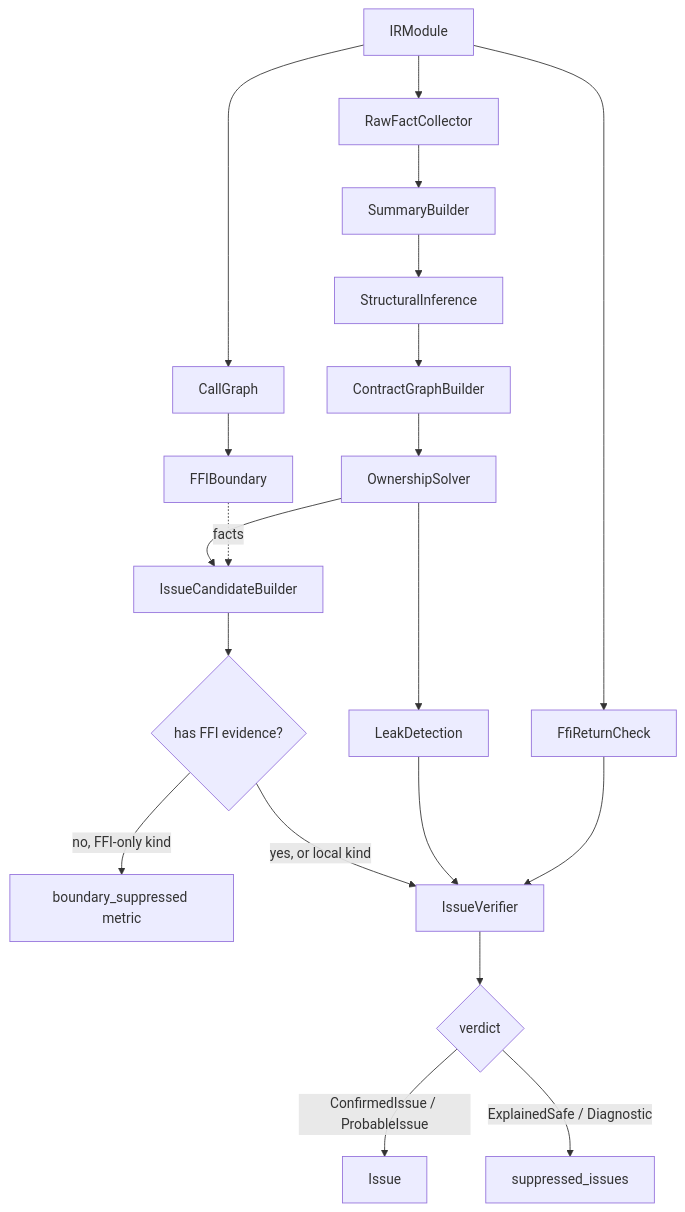
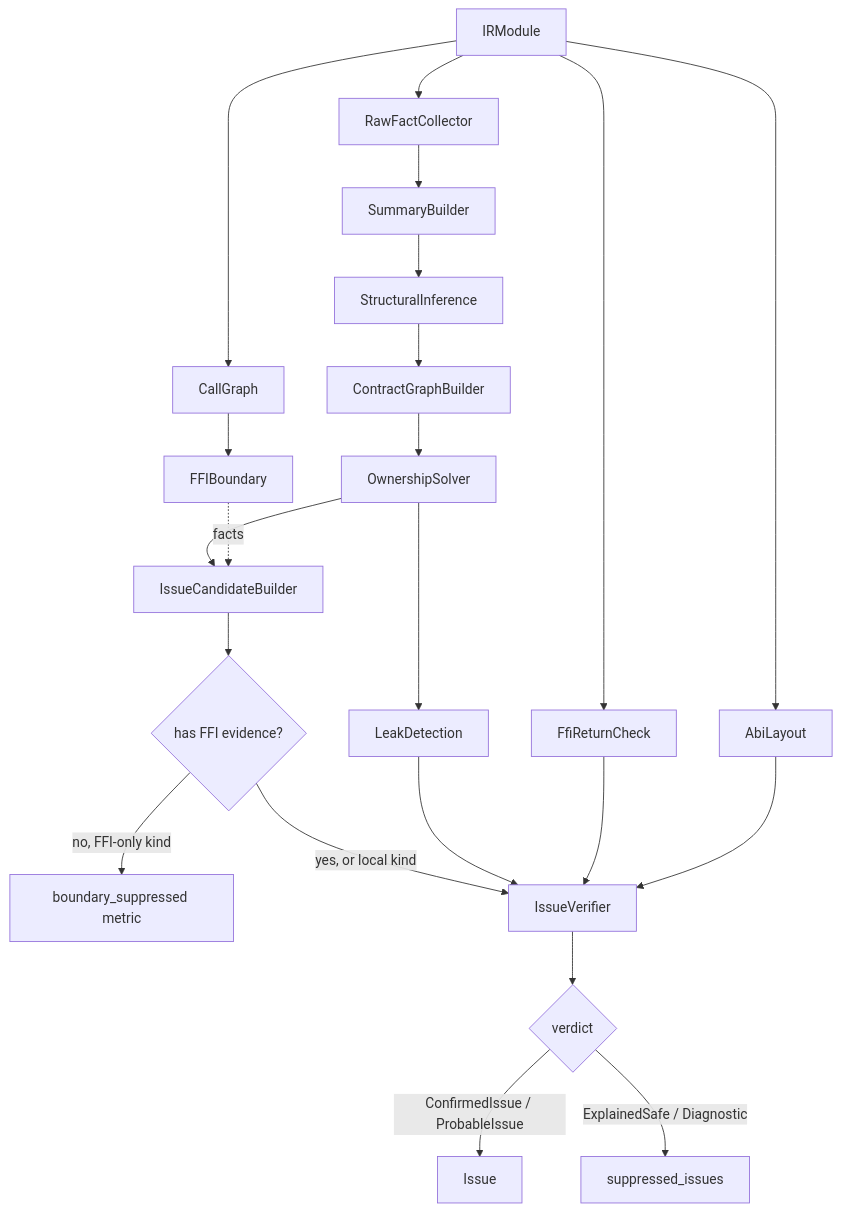
One commit to Timwood0x10/OmniScope-rs changed the diagram in docs/en/ffi_detection.md. Above: the diagram before and after it, drawn with Mermaid. The commit also changed other lines of this file and 35 other files, not shown here.

````diff
--- a/docs/en/ffi_detection.md
+++ b/docs/en/ffi_detection.md
@@ -237,18 +237,20 @@
 ```mermaid
 flowchart TD
     IR[IRModule] --> RFC[RawFactCollector]
     RFC --> SB[SummaryBuilder] --> SI[StructuralInference] --> CGB[ContractGraphBuilder]
     IR --> CG[CallGraph] --> FB[FFIBoundary]
     CGB --> OS[OwnershipSolver] --> ICB[IssueCandidateBuilder]
     OS --> LD[LeakDetection]
     IR --> FRC[FfiReturnCheck]
+    IR --> AL[AbiLayout]
     FB -.facts.-> ICB
     ICB --> DG{has FFI evidence?}
     DG -->|no, FFI-only kind| BS[boundary_suppressed metric]
     DG -->|yes, or local kind| Verify[IssueVerifier]
     LD --> Verify
     FRC --> Verify
+    AL --> Verify
     Verify --> Out{verdict}
     Out -->|ConfirmedIssue / ProbableIssue| Reported[Issue]
     Out -->|ExplainedSafe / Diagnostic| Suppressed[suppressed_issues]
 ```
````
